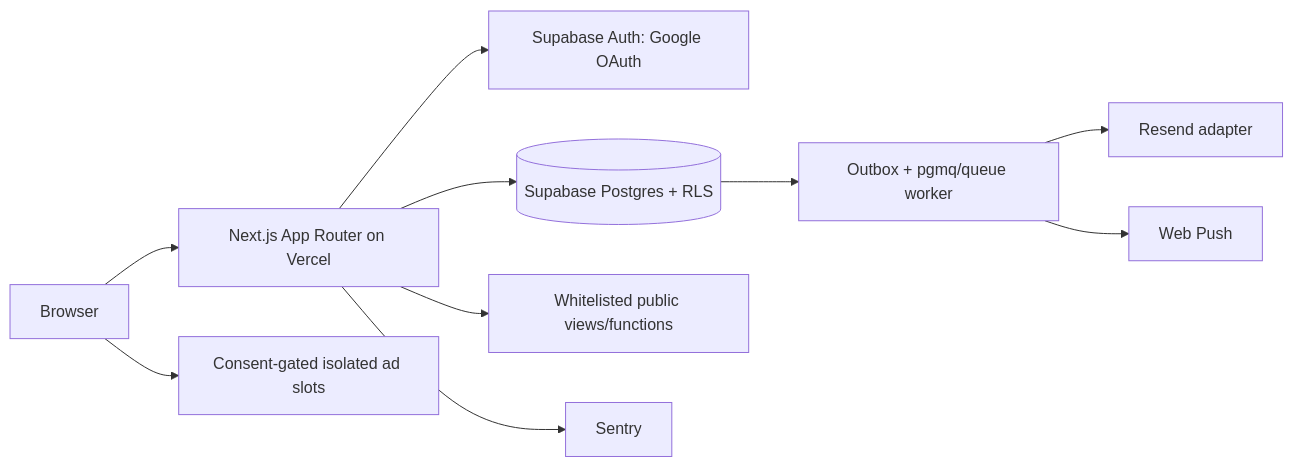
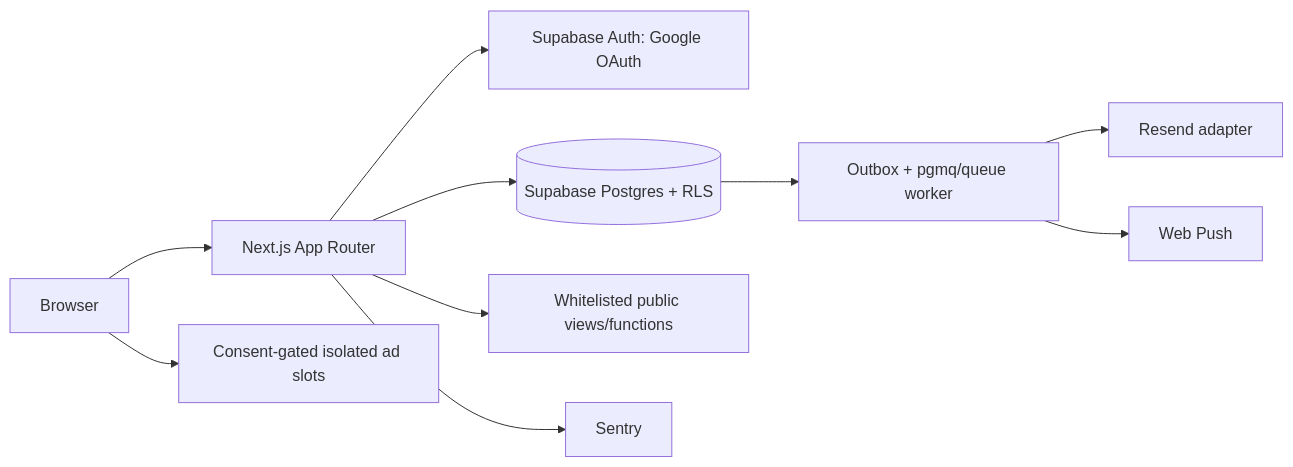
The first of 2 diagrams in docs/02-architecture/overview-and-diagrams.md (metria1010/Metria-Web), drawn with Mermaid before and after one commit. The commit also changed 15 other files, not shown here.

````diff
--- a/docs/02-architecture/overview-and-diagrams.md
+++ b/docs/02-architecture/overview-and-diagrams.md
@@ -9,12 +9,12 @@
 ```mermaid
 flowchart LR
-Browser --> Next[Next.js App Router on Vercel]
+Browser --> Next[Next.js App Router]
 Next --> Auth[Supabase Auth: Google OAuth]
 Next --> DB[(Supabase Postgres + RLS)]
 Next --> Public[Whitelisted public views/functions]
 DB --> Queue[Outbox + pgmq/queue worker]
 Queue --> Email[Resend adapter]
 Queue --> Push[Web Push]
 Browser --> Ads[Consent-gated isolated ad slots]
 Next --> Sentry
 ```
````
